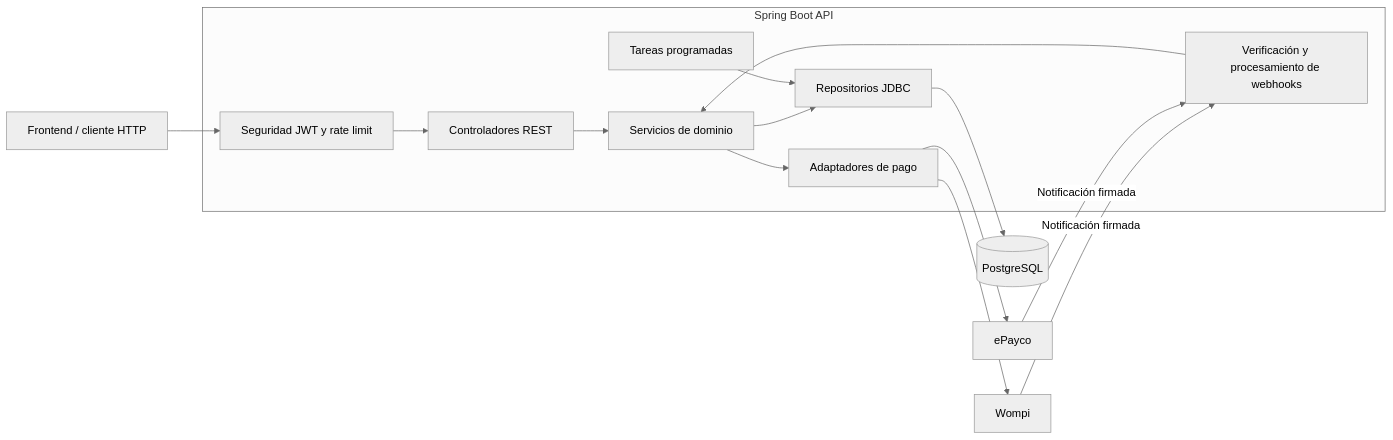
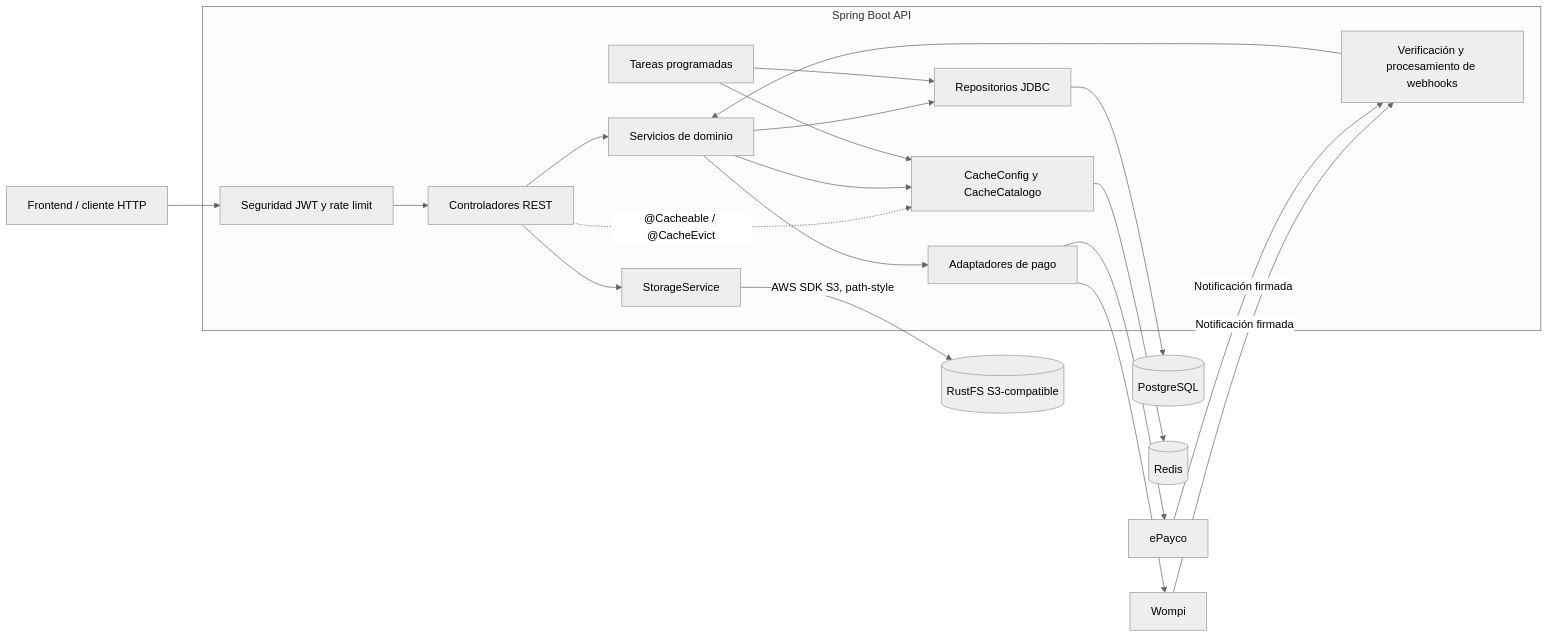
The first of 6 diagrams in README.md (einergb/tienda-api), drawn with Mermaid (neutral theme) before and after one commit. The commit also changed other lines of this file, not shown here.

````diff
--- a/README.md
+++ b/README.md
@@ -67,25 +67,35 @@
 ```mermaid
 flowchart LR
   Cliente[Frontend / cliente HTTP]
   subgraph API[Spring Boot API]
     Filtros[Seguridad JWT y rate limit]
     Controladores[Controladores REST]
     Servicios[Servicios de dominio]
     Repositorios[Repositorios JDBC]
+    Cache[CacheConfig y CacheCatalogo]
+    Storage[StorageService]
     Pagos[Adaptadores de pago]
     Webhooks[Verificación y procesamiento de webhooks]
     Tareas[Tareas programadas]
   end
   DB[(PostgreSQL)]
+  Redis[(Redis)]
+  RustFS[(RustFS S3-compatible)]
   Wompi[Wompi]
   Epayco[ePayco]
 
   Cliente --> Filtros --> Controladores --> Servicios --> Repositorios --> DB
+  Controladores --> Storage
+  Storage -->|AWS SDK S3, path-style| RustFS
+  Controladores -. "@Cacheable / @CacheEvict" .-> Cache
+  Servicios --> Cache
+  Tareas --> Cache
+  Cache --> Redis
   Servicios --> Pagos
   Pagos --> Wompi
   Pagos --> Epayco
   Wompi -->|Notificación firmada| Webhooks
   Epayco -->|Notificación firmada| Webhooks
   Webhooks --> Servicios
   Tareas --> Repositorios
 ```
````
